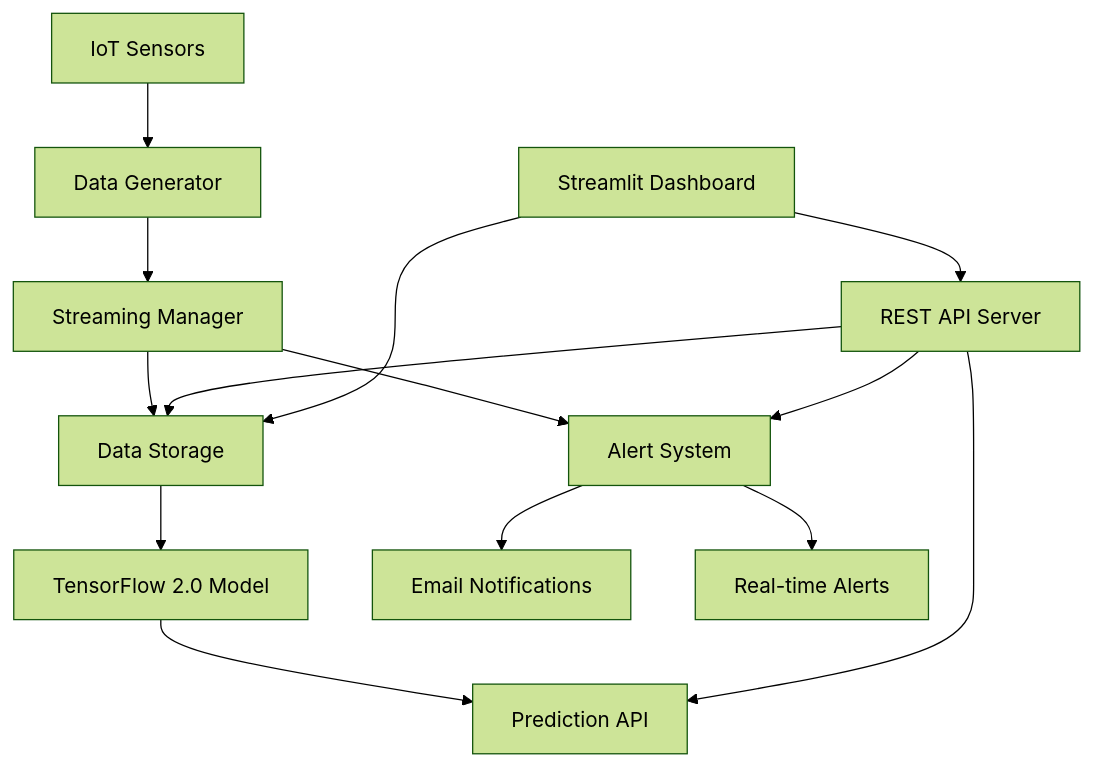
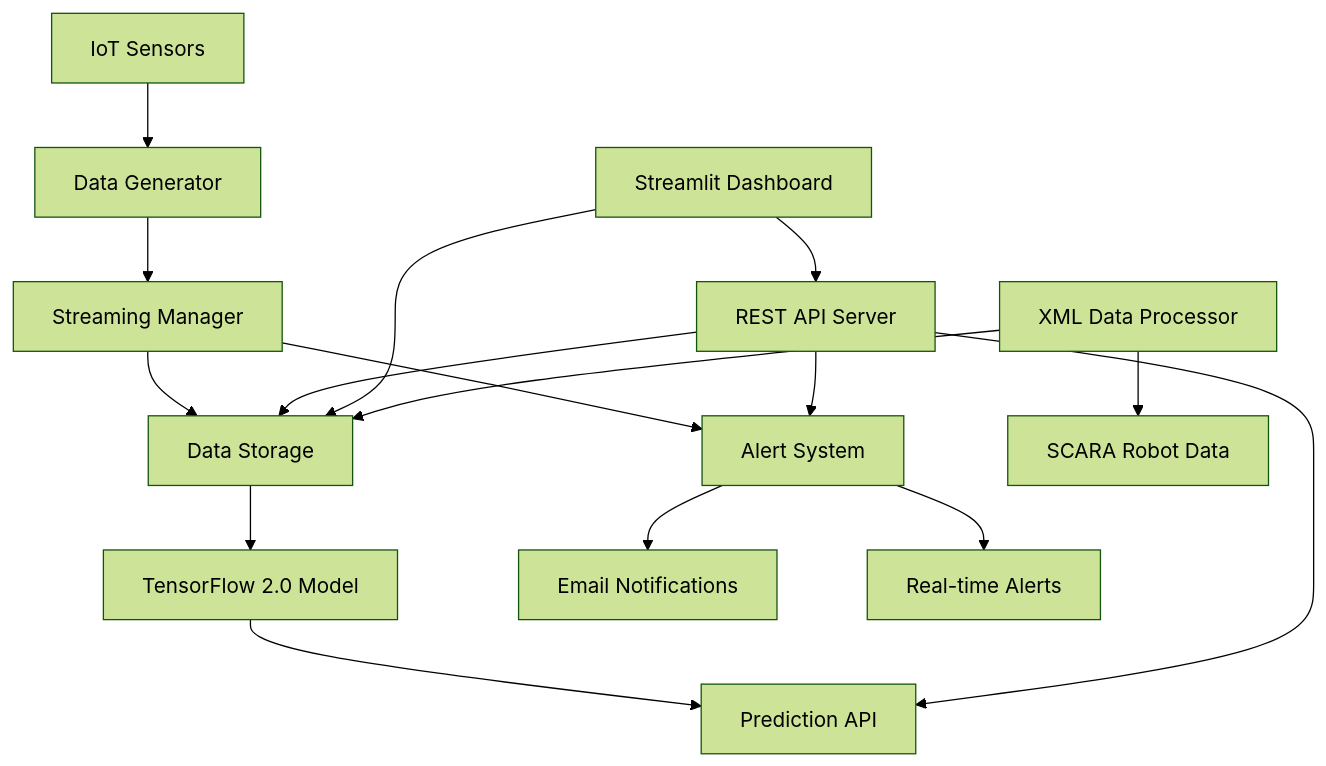
Before and after one commit to duck3244/iot-predictive-maintenance: the diagram in README.md, drawn with Mermaid (forest theme). The commit also changed other lines of this file, not shown here.

````diff
--- a/README.md
+++ b/README.md
@@ -18,20 +19,23 @@
 ```mermaid
 graph TB
     A[IoT Sensors] --> B[Data Generator]
     B --> C[Streaming Manager]
     C --> D[Data Storage]
     C --> E[Alert System]
     
     D --> F[TensorFlow 2.0 Model]
     F --> G[Prediction API]
     
     H[REST API Server] --> D
     H --> G
     H --> E
     
     I[Streamlit Dashboard] --> H
     I --> D
     
     E --> J[Email Notifications]
     E --> K[Real-time Alerts]
+    
+    L[XML Data Processor] --> D
+    L --> M[SCARA Robot Data]
 ```
````
